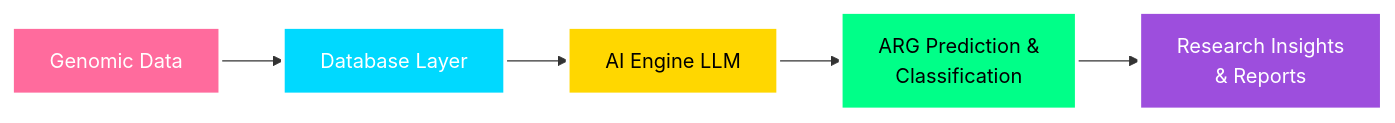
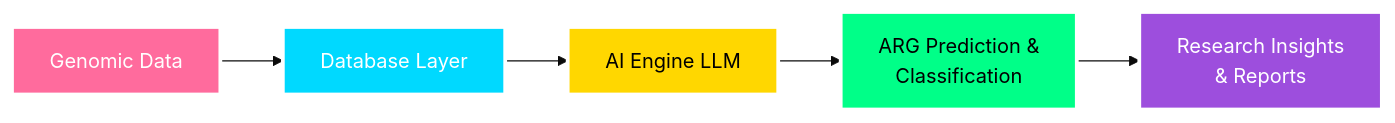
Before and after one commit to Genomic-AI-Research-Lab-GARL/.github: the first of 2 diagrams in profile/README.md, drawn with Mermaid. The commit also changed other lines of this file, not shown here.

First line of the commit message:
Enhance README with project details and diagram

````diff
--- a/profile/README.md
+++ b/profile/README.md
@@ -22,13 +23,14 @@
 ```mermaid
+%%{init: {'theme':'base', 'themeVariables': { 'fontSize':'16px'}}}%%
 flowchart LR
     A[Genomic Data] --> B[Database Layer]
     B --> C[AI Engine LLM]
     C --> D[ARG Prediction &<br/>Classification]
     D --> E[Research Insights<br/>& Reports]
     
     style A fill:#FF6B9D,stroke:#fff,stroke-width:3px,color:#fff
     style B fill:#00D9FF,stroke:#fff,stroke-width:3px,color:#fff
     style C fill:#FFD700,stroke:#fff,stroke-width:3px,color:#000
     style D fill:#00FF88,stroke:#fff,stroke-width:3px,color:#000
     style E fill:#9D4EDD,stroke:#fff,stroke-width:3px,color:#fff
 ```
````
